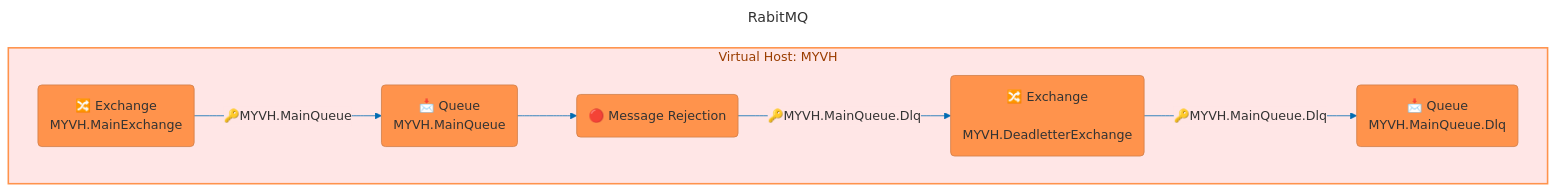
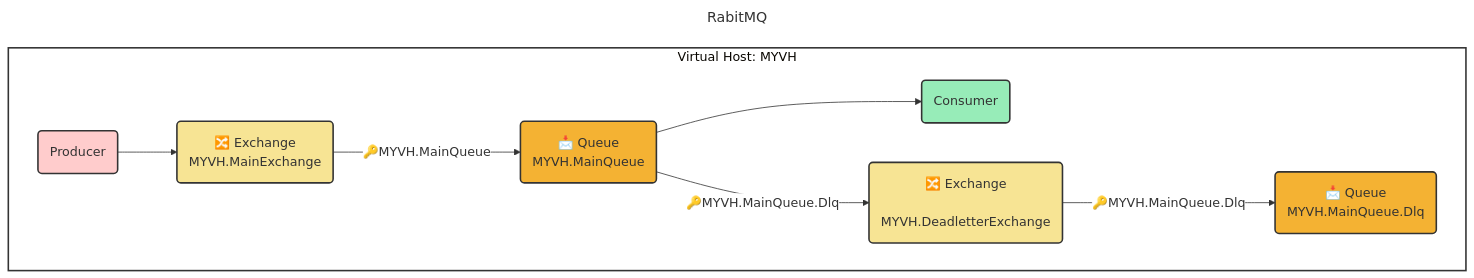
The diagram in README.md (davydsonverri/rabbitmq-docker-compose), drawn with Mermaid before and after one commit.

Commit message:
doc: update readme diagram

````diff
--- a/README.md
+++ b/README.md
@@ -7,26 +7,42 @@
 ```mermaid
 ---
 title: RabitMQ
 config:
   theme: base
   themeVariables:
-    primaryColor: "#ff934c"
-    secondaryColor: '#FFE6E6'
-    background: "#ff934c"
+    primaryColor: #333
+    secondaryColor: white
+    background: "#000000"
 ---
 
 flowchart TD    
 subgraph MYVH ["Virtual Host: MYVH"]
+    P(Producer) --> A
+
     A(🔀 Exchange
           MYVH.MainExchange) -->|🔑MYVH.MainQueue| B(📩 Queue
                                                   MYVH.MainQueue)    
     B(📩 Queue
-                                                  MYVH.MainQueue) --> C(🔴 Message Rejection)
-    C --> |🔑MYVH.MainQueue.Dlq| D(🔀 Exchange
+                                                  MYVH.MainQueue) --> C(Consumer)
+    B --> |🔑MYVH.MainQueue.Dlq| D(🔀 Exchange
                                        MYVH.DeadletterExchange)
     D --> |🔑MYVH.MainQueue.Dlq| E(📩 Queue
                                                   MYVH.MainQueue.Dlq) 
 end
 
-style MYVH fill:#ffe6e6,stroke:#ff934c,stroke-width:2px;
+style MYVH fill:white,stroke:#333,stroke-width:2px;
+
+
+classDef exchange fill:#F7E494,stroke:#333,stroke-width:2px;
+class A exchange;
+class D exchange;
+
+classDef queue fill:#F4B233,stroke:#333,stroke-width:2px;
+class B queue;
+class E queue;
+
+style P fill:#ffcccc,stroke:#333,stroke-width:2px;
+style C fill:#97ECB8,stroke:#333,stroke-width:2px;
+
+linkStyle 0,1,2,3,4 stroke:#333, stroke-width:1px, color:252627;
 ```
````
